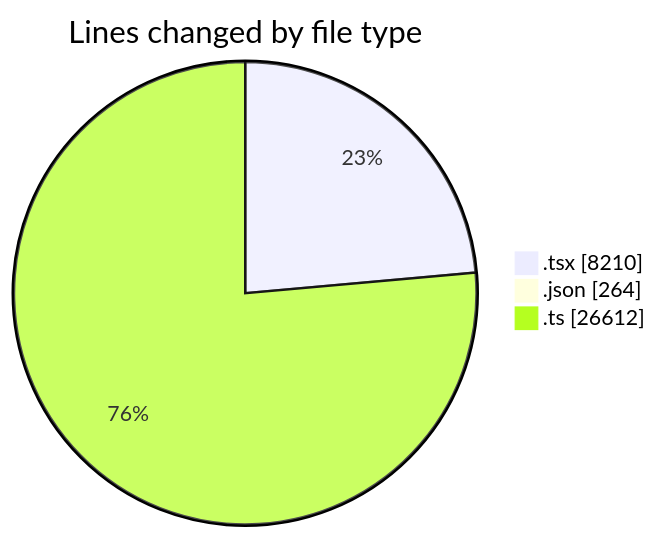
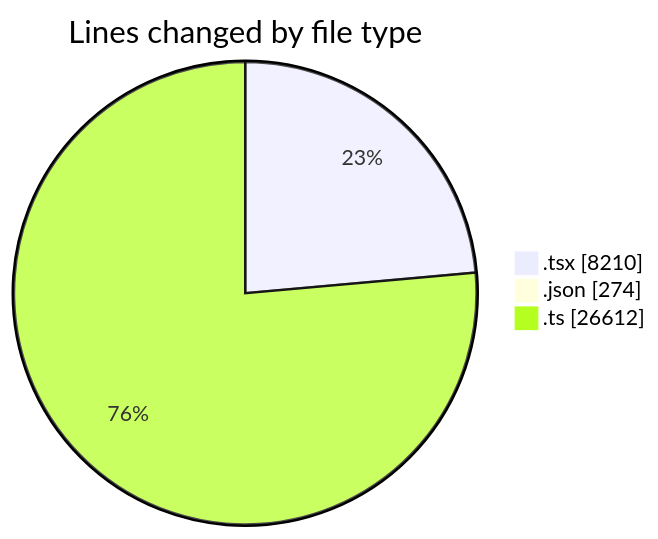
Before and after one commit to momahboobian/code-tracking: the first of 2 diagrams in 2026-11-13/broadcaster-v6-feature/README.md, drawn with Mermaid. The commit also changed other lines of this file and 1 other file, not shown here.

````diff
--- a/2026-11-13/broadcaster-v6-feature/README.md
+++ b/2026-11-13/broadcaster-v6-feature/README.md
@@ -56,7 +56,7 @@
 ```mermaid
 pie showData
 title Lines changed by file type
 ".tsx" : 8210
-".json" : 264
+".json" : 274
 ".ts" : 26612
 ```
````
